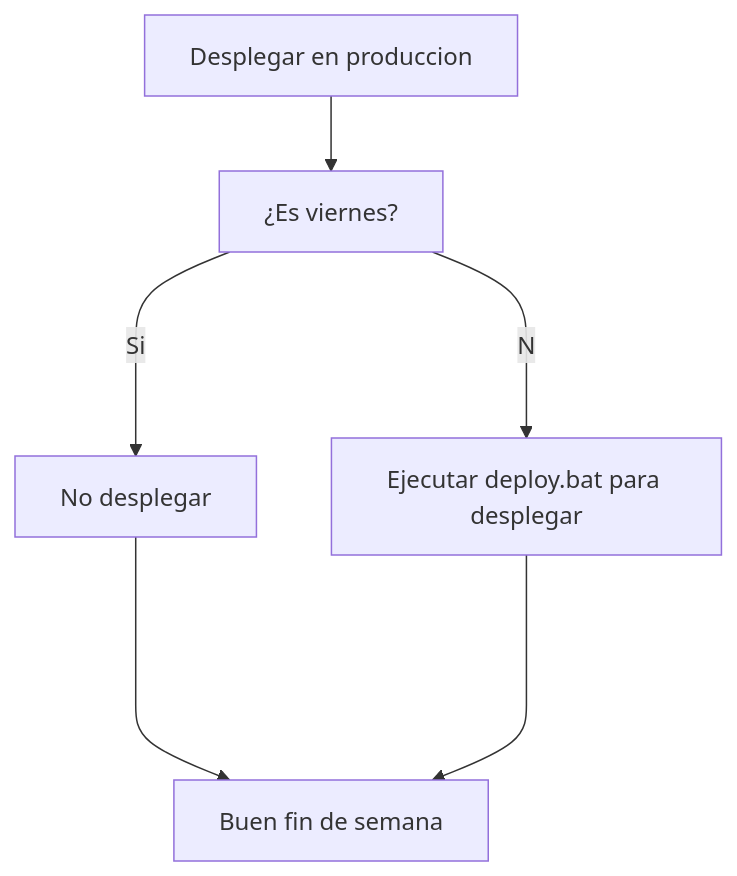
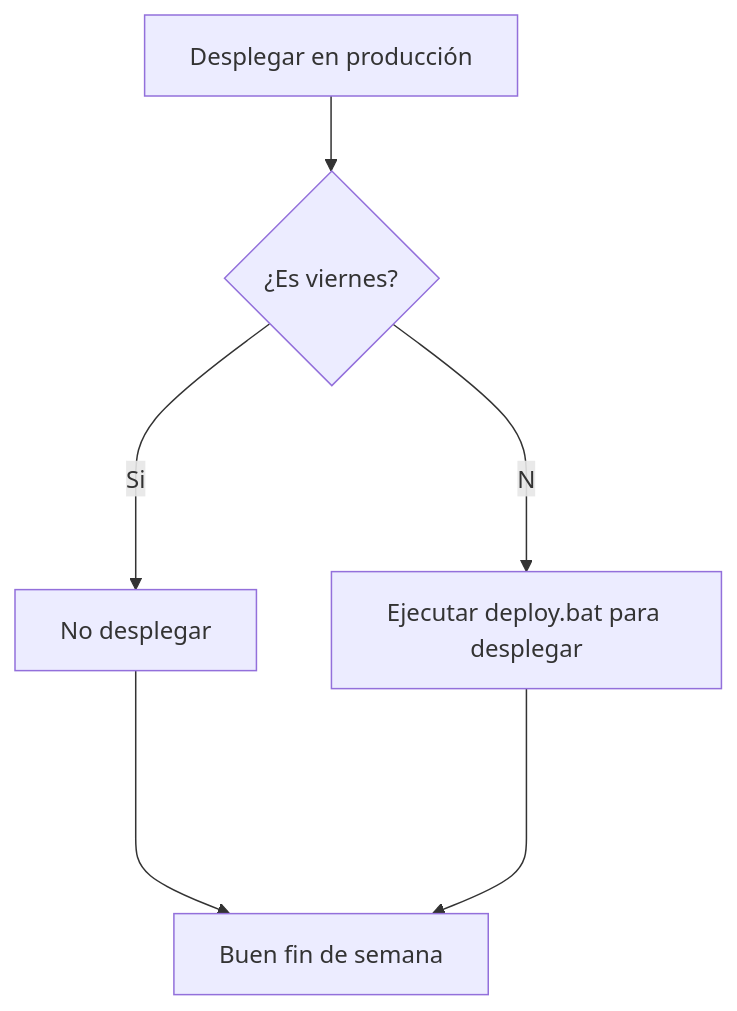
Before and after one commit to edgardma/Manuales: the second of 2 diagrams in GitHub/README.md, drawn with Mermaid.

Commit message:
Correción de un caracter

````diff
--- a/GitHub/README.md
+++ b/GitHub/README.md
@@ -15,8 +15,8 @@
 ```mermaid
 flowchart TD;
-    A[Desplegar en produccion]-->B[¿Es viernes?];
+    A[Desplegar en producción]-->B{¿Es viernes?};
     B--Si-->C[No desplegar];
     B--No-->D[Ejecutar deploy.bat para desplegar];
     C---->E[Buen fin de semana];
     D---->E[Buen fin de semana];
 ```
````
